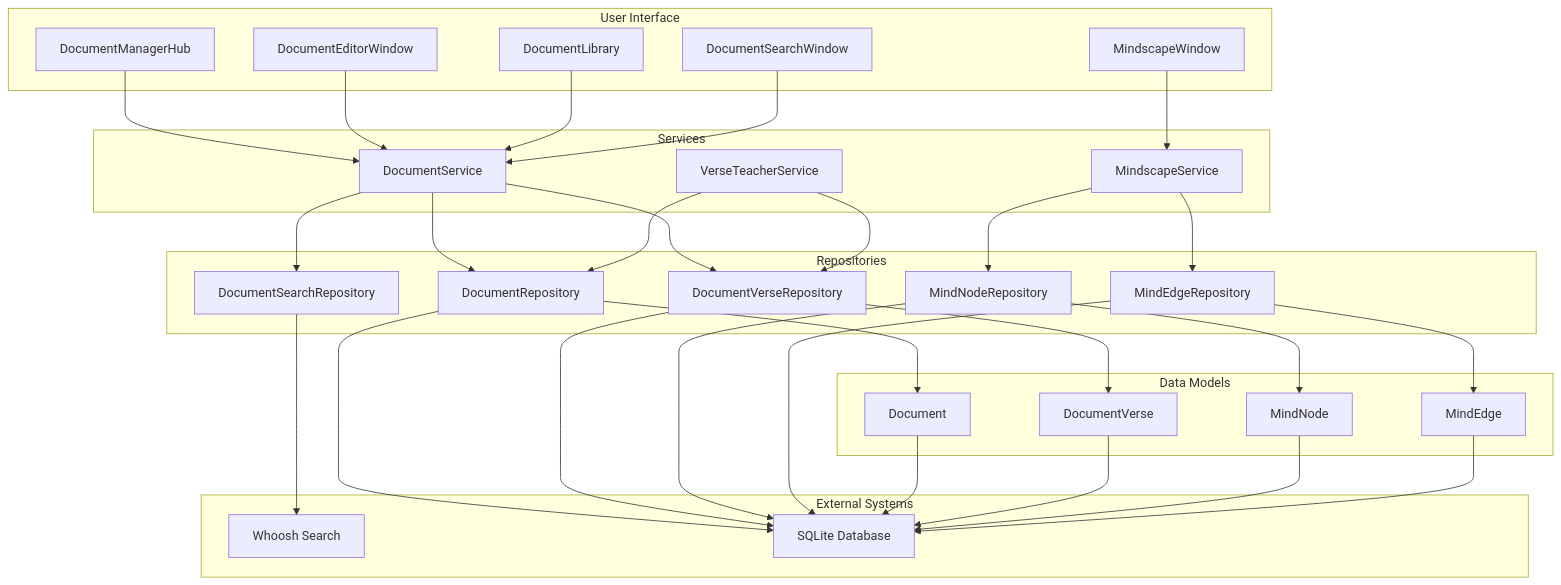
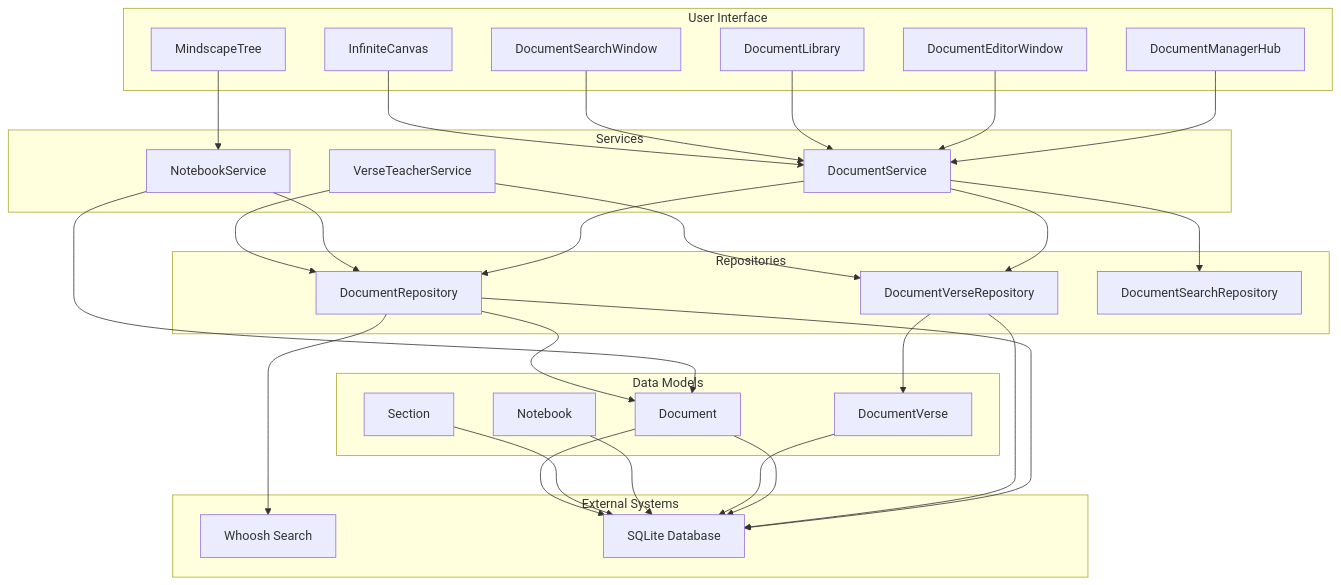
Before and after one commit to TheDaniel166/IsopGem: the first of 14 diagrams in .qoder/repowiki/en/content/Architecture Overview/Pillar-Based Architecture/Document Manager Pillar/Document Manager Pillar.md, drawn with Mermaid. The commit also changed other lines of this file and 29 other files, not shown here.

````diff
--- a/.qoder/repowiki/en/content/Architecture Overview/Pillar-Based Architecture/Document Manager Pillar/Document Manager Pillar.md
+++ b/.qoder/repowiki/en/content/Architecture Overview/Pillar-Based Architecture/Document Manager Pillar/Document Manager Pillar.md
@@ -60,57 +70,54 @@
 ```mermaid
 graph TD
 subgraph "User Interface"
 Hub[DocumentManagerHub]
 Editor[DocumentEditorWindow]
 Library[DocumentLibrary]
 Search[DocumentSearchWindow]
-Mindscape[MindscapeWindow]
+Canvas[InfiniteCanvas]
+Tree[MindscapeTree]
 end
 subgraph "Services"
 DocService[DocumentService]
-MindService[MindscapeService]
+NotebookService[NotebookService]
 VerseService[VerseTeacherService]
 end
 subgraph "Repositories"
 DocRepo[DocumentRepository]
 VerseRepo[DocumentVerseRepository]
 SearchRepo[DocumentSearchRepository]
-MindNodeRepo[MindNodeRepository]
-MindEdgeRepo[MindEdgeRepository]
 end
 subgraph "Data Models"
 DocModel[Document]
 VerseModel[DocumentVerse]
-MindNode[MindNode]
-MindEdge[MindEdge]
+NotebookModel[Notebook]
+SectionModel[Section]
 end
 subgraph "External Systems"
 Whoosh[Whoosh Search]
 SQLite[SQLite Database]
 end
 Hub --> DocService
 Editor --> DocService
 Library --> DocService
 Search --> DocService
-Mindscape --> MindService
+Canvas --> DocService
+Tree --> NotebookService
 DocService --> DocRepo
 DocService --> VerseRepo
 DocService --> SearchRepo
-MindService --> MindNodeRepo
-MindService --> MindEdgeRepo
+NotebookService --> DocRepo
+NotebookService --> DocModel
 VerseService --> DocRepo
 VerseService --> VerseRepo
 DocRepo --> DocModel
 VerseRepo --> VerseModel
-MindNodeRepo --> MindNode
-MindEdgeRepo --> MindEdge
 DocRepo --> SQLite
 VerseRepo --> SQLite
-MindNodeRepo --> SQLite
-MindEdgeRepo --> SQLite
-SearchRepo --> Whoosh
 DocModel --> SQLite
 VerseModel --> SQLite
-MindNode --> SQLite
-MindEdge --> SQLite
+NotebookModel --> SQLite
+SectionModel --> SQLite
+DocModel --> SQLite
+DocRepo --> Whoosh
 ```
````
